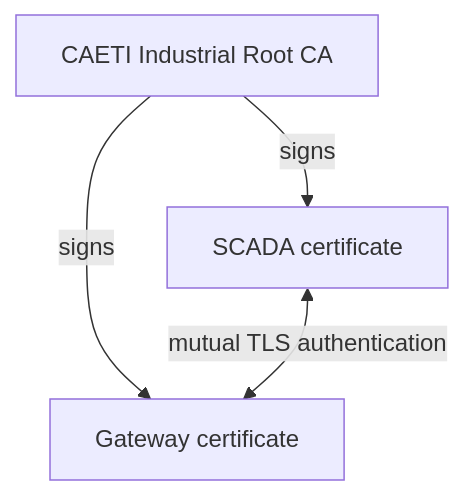
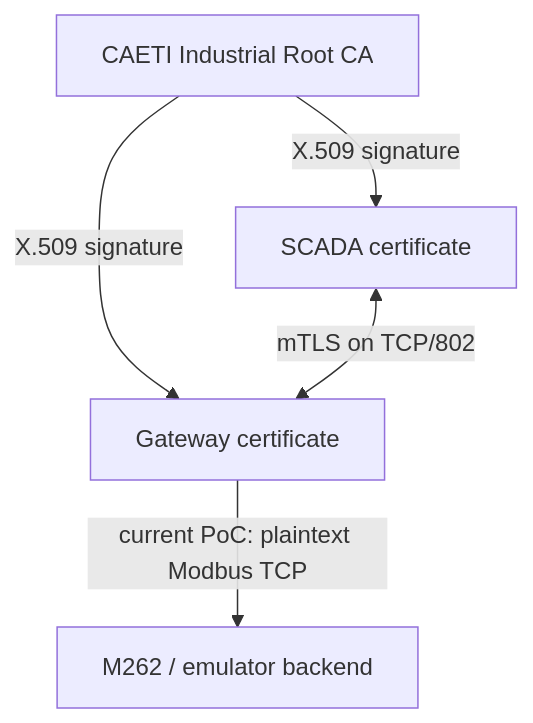
One commit to JFCrypT/industrialPKI changed the diagram in docs/PKI_Modbus_TLS_M262.md. Above: the diagram before and after it, drawn with Mermaid. The commit also changed other lines of this file and 5 other files, not shown here.

````diff
--- a/docs/PKI_Modbus_TLS_M262.md
+++ b/docs/PKI_Modbus_TLS_M262.md
@@ -54,10 +74,7 @@
 ```mermaid
-flowchart TD
-    CA["CAETI Industrial Root CA"]
-    SC["SCADA certificate"]
-    GW["Gateway certificate"]
-
-    CA -->|"signs"| SC
-    CA -->|"signs"| GW
-    SC <-->|"mutual TLS authentication"| GW
+graph TD
+    CA[CAETI Industrial Root CA] -->|X.509 signature| GW[Gateway certificate]
+    CA -->|X.509 signature| SC[SCADA certificate]
+    SC <-->|mTLS on TCP/802| GW
+    GW -->|current PoC: plaintext Modbus TCP| PLC[M262 / emulator backend]
 ```
````
